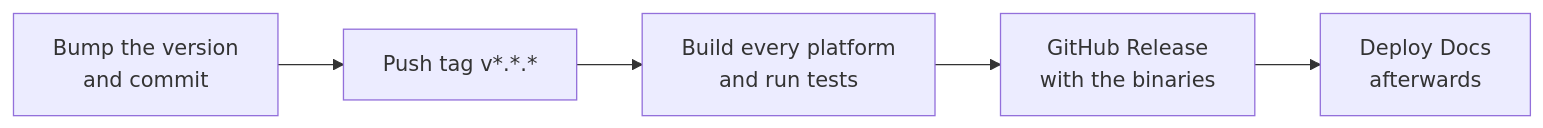
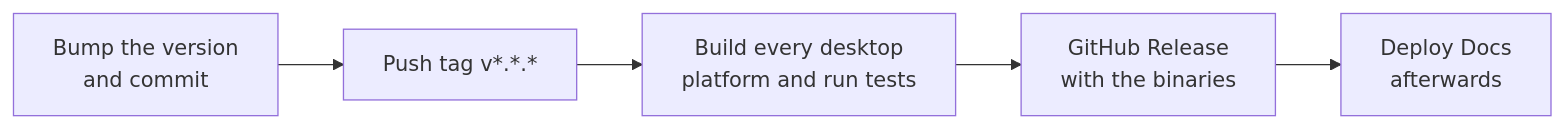
Before and after one commit to shijianjs/duckfn-open: the second of 2 diagrams in docs/docs/development/build-and-release.md, drawn with Mermaid. The commit also changed other lines of this file and 60 other files, not shown here.

````diff
--- a/docs/docs/development/build-and-release.md
+++ b/docs/docs/development/build-and-release.md
@@ -76,7 +92,7 @@
 ```mermaid
 flowchart LR
     bump["Bump the version<br/>and commit"] --> tag["Push tag v*.*.*"]
-    tag --> ci["Build every platform<br/>and run tests"]
+    tag --> ci["Build every desktop<br/>platform and run tests"]
     ci --> rel["GitHub Release<br/>with the binaries"]
     rel --> docs["Deploy Docs<br/>afterwards"]
 ```
````
